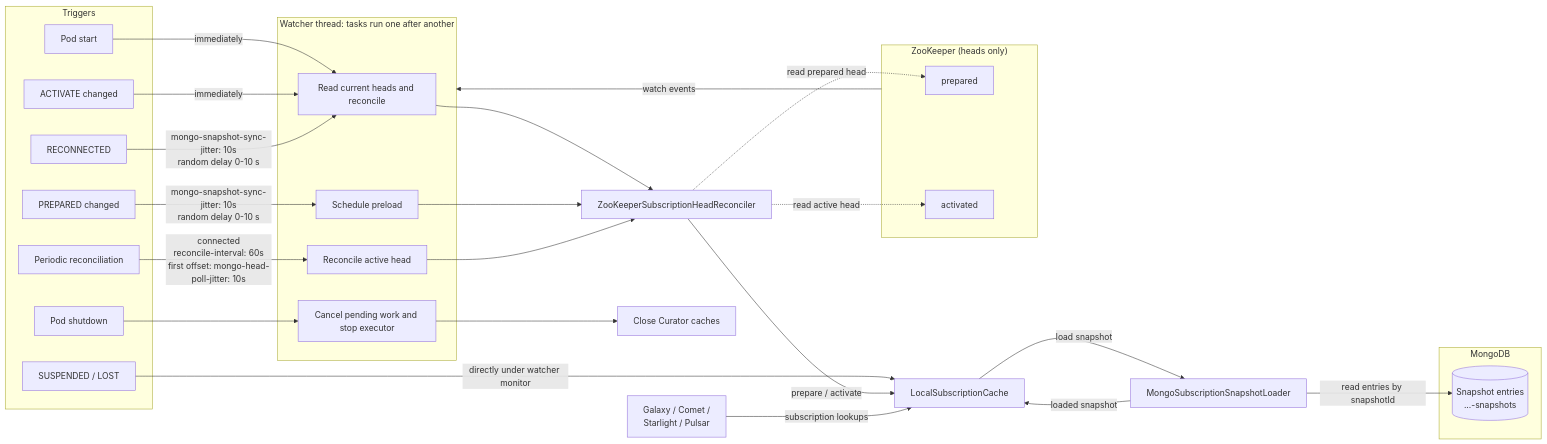
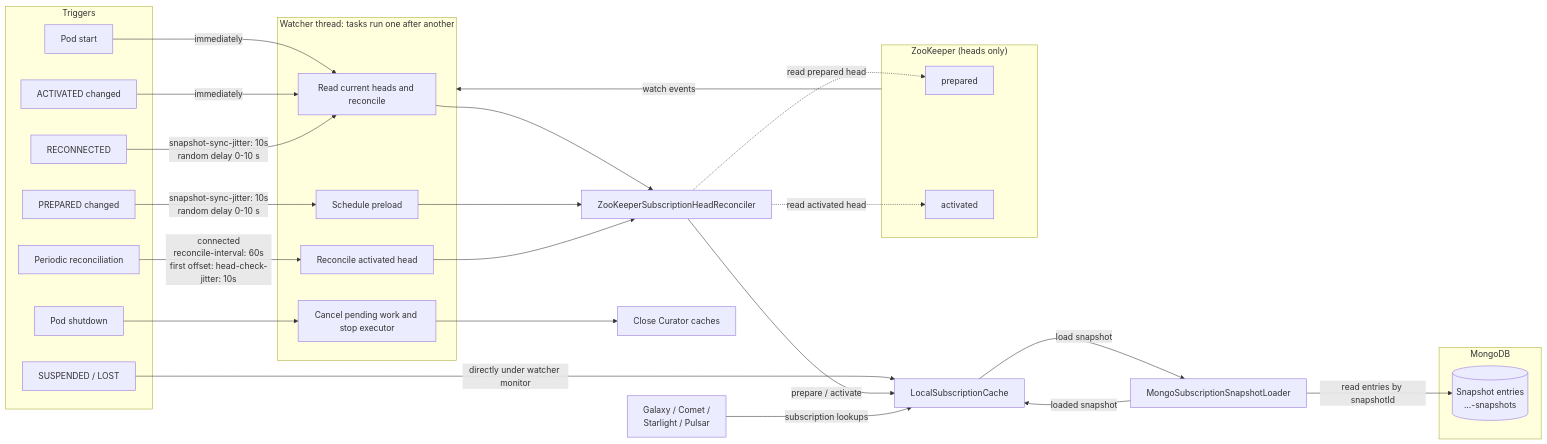
The fourth of 5 diagrams in docs/local-subscription-cache.md (telekom/pubsub-horizon-spring-parent), drawn with Mermaid before and after one commit. The commit also changed other lines of this file and 20 other files, not shown here.

Commit message:
refactor(cache): simplify head reconciliation and align naming with ACTIVATED head

````diff
--- a/docs/local-subscription-cache.md
+++ b/docs/local-subscription-cache.md
@@ -507,54 +371,54 @@
 ```mermaid
 flowchart LR
     subgraph Triggers
         S[Pod start]
-        A[ACTIVATE changed]
+        A[ACTIVATED changed]
         C[RECONNECTED]
         P[PREPARED changed]
         D[SUSPENDED / LOST]
         T[Periodic reconciliation]
         X[Pod shutdown]
     end
 
     subgraph Thread["Watcher thread: tasks run one after another"]
         FULL[Read current heads and reconcile]
         PRE[Schedule preload]
-        ACTIVE[Reconcile active head]
+        ACTIVE[Reconcile activated head]
         CLOSE[Cancel pending work and stop executor]
     end
 
     subgraph ZK["ZooKeeper (heads only)"]
         ZP["prepared"]
         ZA["activated"]
     end
 
     RECONCILER[ZooKeeperSubscriptionHeadReconciler]
     LOADER[MongoSubscriptionSnapshotLoader]
     subgraph Mongo["MongoDB"]
         ME[(Snapshot entries<br/>...-snapshots)]
     end
     CACHE[LocalSubscriptionCache]
     SERVICES["Galaxy / Comet /<br/>Starlight / Pulsar"]
     STOP[Close Curator caches]
 
     S -->|immediately| FULL
     A -->|immediately| FULL
-    C -->|mongo-snapshot-sync-jitter: 10s<br/>random delay 0-10 s| FULL
-    P -->|mongo-snapshot-sync-jitter: 10s<br/>random delay 0-10 s| PRE
+    C -->|snapshot-sync-jitter: 10s<br/>random delay 0-10 s| FULL
+    P -->|snapshot-sync-jitter: 10s<br/>random delay 0-10 s| PRE
     D -->|directly under watcher monitor| CACHE
-    T -->|connected<br/>reconcile-interval: 60s<br/>first offset: mongo-head-poll-jitter: 10s| ACTIVE
+    T -->|connected<br/>reconcile-interval: 60s<br/>first offset: head-check-jitter: 10s| ACTIVE
     X --> CLOSE --> STOP
 
     ZK -->|watch events| Thread
 
     FULL --> RECONCILER
     PRE --> RECONCILER
     ACTIVE --> RECONCILER
     RECONCILER -.->|read prepared head| ZP
-    RECONCILER -.->|read active head| ZA
+    RECONCILER -.->|read activated head| ZA
     RECONCILER -->|prepare / activate| CACHE
     CACHE -->|load snapshot| LOADER
     LOADER -->|read entries by snapshotId| ME
     LOADER -->|loaded snapshot| CACHE
     SERVICES -->|subscription lookups| CACHE
 ```
````
